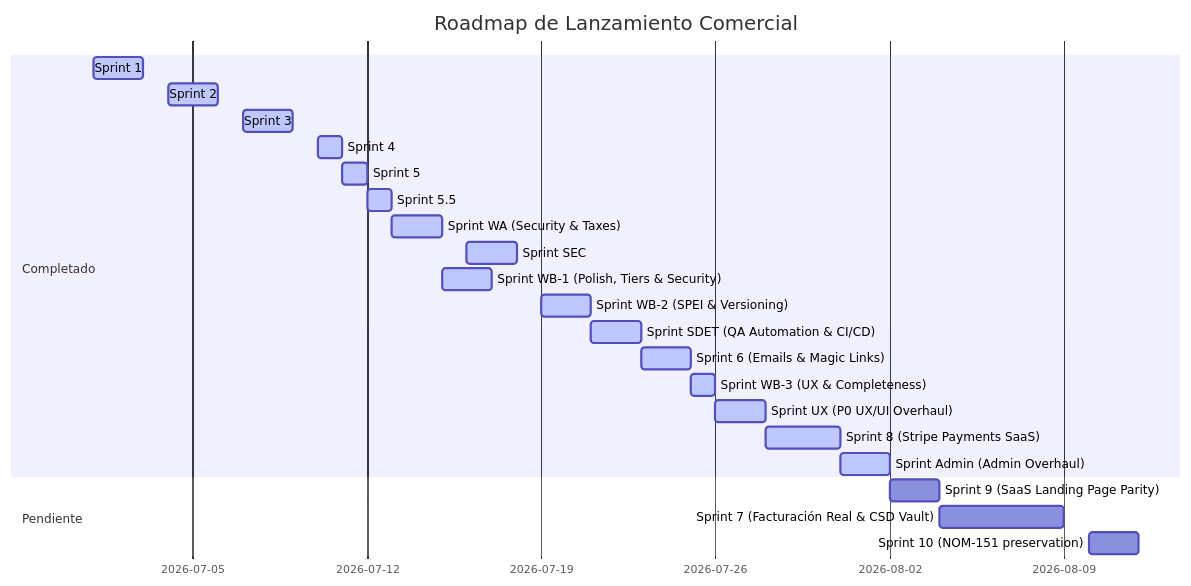
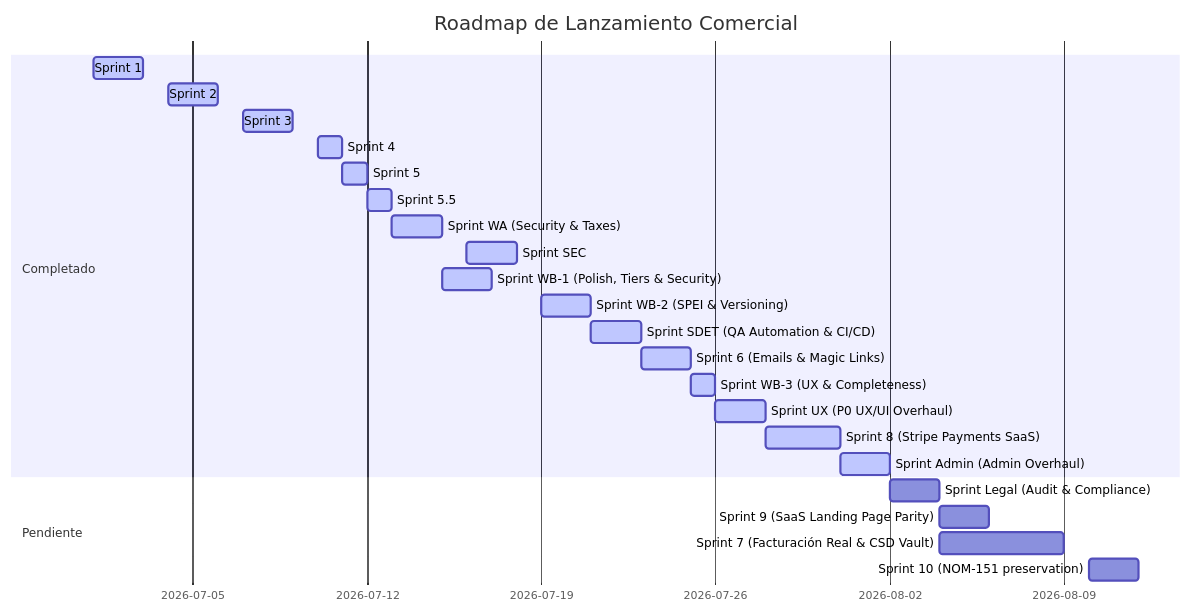
Before and after one commit to jesushzv/contract-tracker: the diagram in design_docs/roadmap.md, drawn with Mermaid. The commit also changed other lines of this file and 4 other files, not shown here.

Commit message:
feat: add legal compliance badges and electronic signature validity clauses under Mexican law

````diff
--- a/design_docs/roadmap.md
+++ b/design_docs/roadmap.md
@@ -9,26 +9,27 @@
 ```mermaid
 gantt
     title Roadmap de Lanzamiento Comercial
     dateFormat  YYYY-MM-DD
     section Completado
     Sprint 1 :active, 2026-07-01, 2026-07-03
     Sprint 2 :active, 2026-07-04, 2026-07-06
     Sprint 3 :active, 2026-07-07, 2026-07-09
     Sprint 4 :active, 2026-07-10, 2026-07-11
     Sprint 5 :active, 2026-07-11, 2026-07-12
     Sprint 5.5 :active, 2026-07-12, 2026-07-13
     Sprint WA (Security & Taxes) :active, 2026-07-13, 2026-07-15
     Sprint SEC :active, 2026-07-16, 2026-07-18
     Sprint WB-1 (Polish, Tiers & Security) :active, 2026-07-15, 2026-07-17
     Sprint WB-2 (SPEI & Versioning) :active, 2026-07-19, 2026-07-21
     Sprint SDET (QA Automation & CI/CD) :active, 2026-07-21, 2026-07-23
     Sprint 6 (Emails & Magic Links) :active, 2026-07-23, 2026-07-25
     Sprint WB-3 (UX & Completeness) :active, 2026-07-25, 2026-07-26
     Sprint UX (P0 UX/UI Overhaul) :active, 2026-07-26, 2026-07-28
     Sprint 8 (Stripe Payments SaaS) :active, 2026-07-28, 2026-07-31
     Sprint Admin (Admin Overhaul) :active, 2026-07-31, 2026-08-02
     section Pendiente
-    Sprint 9 (SaaS Landing Page Parity) :2026-08-02, 2026-08-04
+    Sprint Legal (Audit & Compliance) :2026-08-02, 2026-08-04
+    Sprint 9 (SaaS Landing Page Parity) :2026-08-04, 2026-08-06
     Sprint 7 (Facturación Real & CSD Vault) :2026-08-04, 2026-08-09
     Sprint 10 (NOM-151 preservation) :2026-08-10, 2026-08-12
 ```
````
